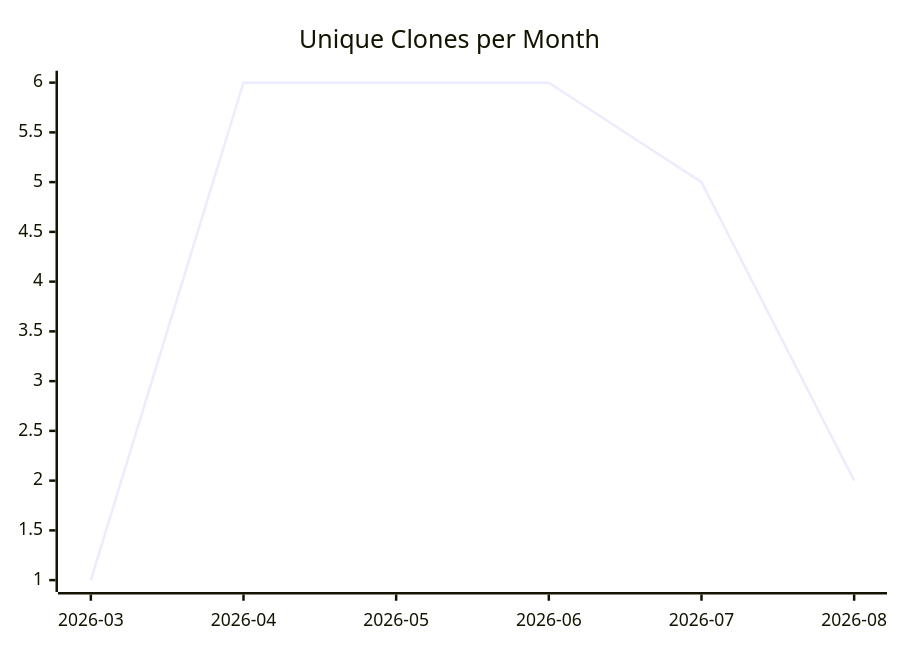
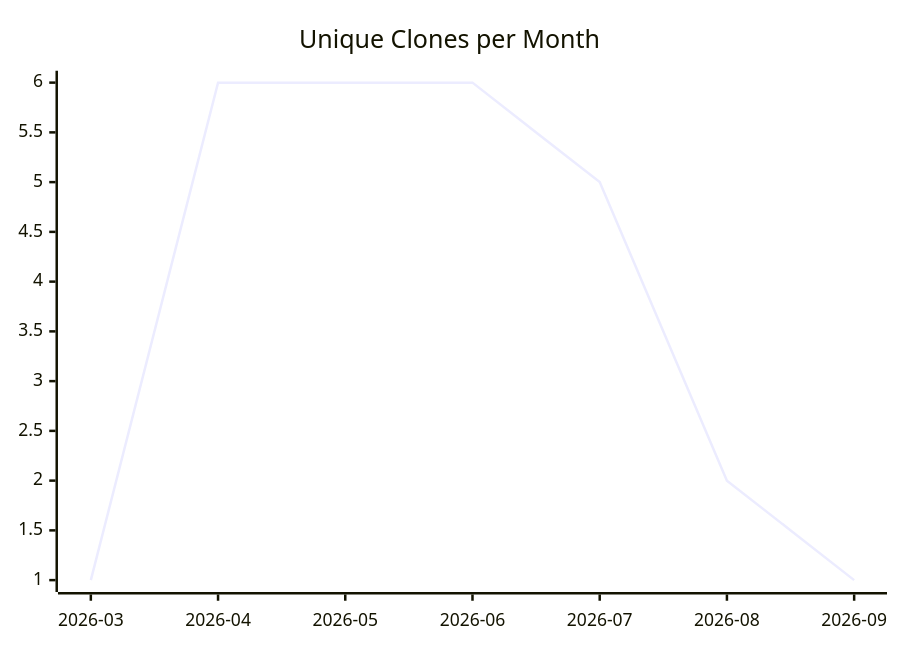
Before and after one commit to justdavis-family/github-analytics-data: the third of 3 diagrams in karlmdavis/hapi-fhir-jpaserver-starter/README.md, drawn with Mermaid. The commit also changed other lines of this file and 191 other files, not shown here.

````diff
--- a/karlmdavis/hapi-fhir-jpaserver-starter/README.md
+++ b/karlmdavis/hapi-fhir-jpaserver-starter/README.md
@@ -19,6 +19,6 @@
 ```mermaid
 xychart-beta
   title "Unique Clones per Month"
-  x-axis ["2026-03", "2026-04", "2026-05", "2026-06", "2026-07", "2026-08"]
-  line [1, 6, 6, 6, 5, 2]
+  x-axis ["2026-03", "2026-04", "2026-05", "2026-06", "2026-07", "2026-08", "2026-09"]
+  line [1, 6, 6, 6, 5, 2, 1]
 ```
````
